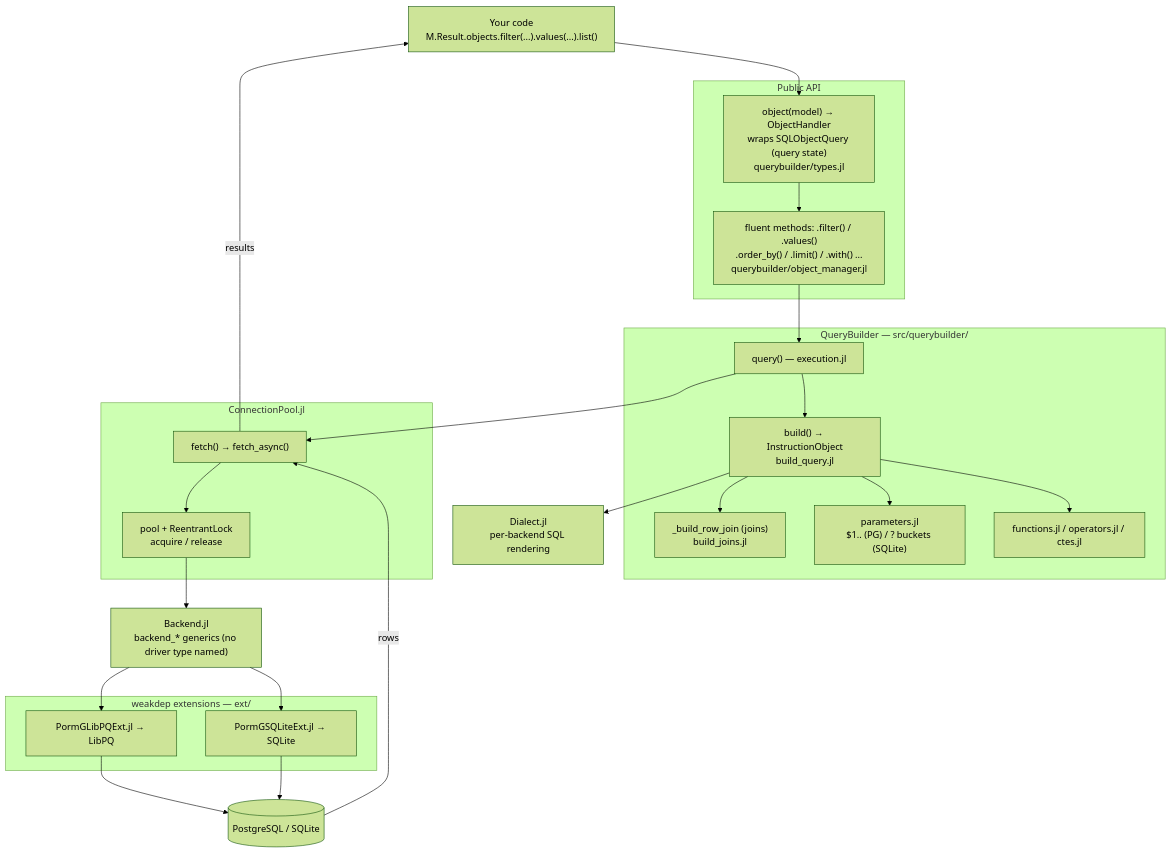
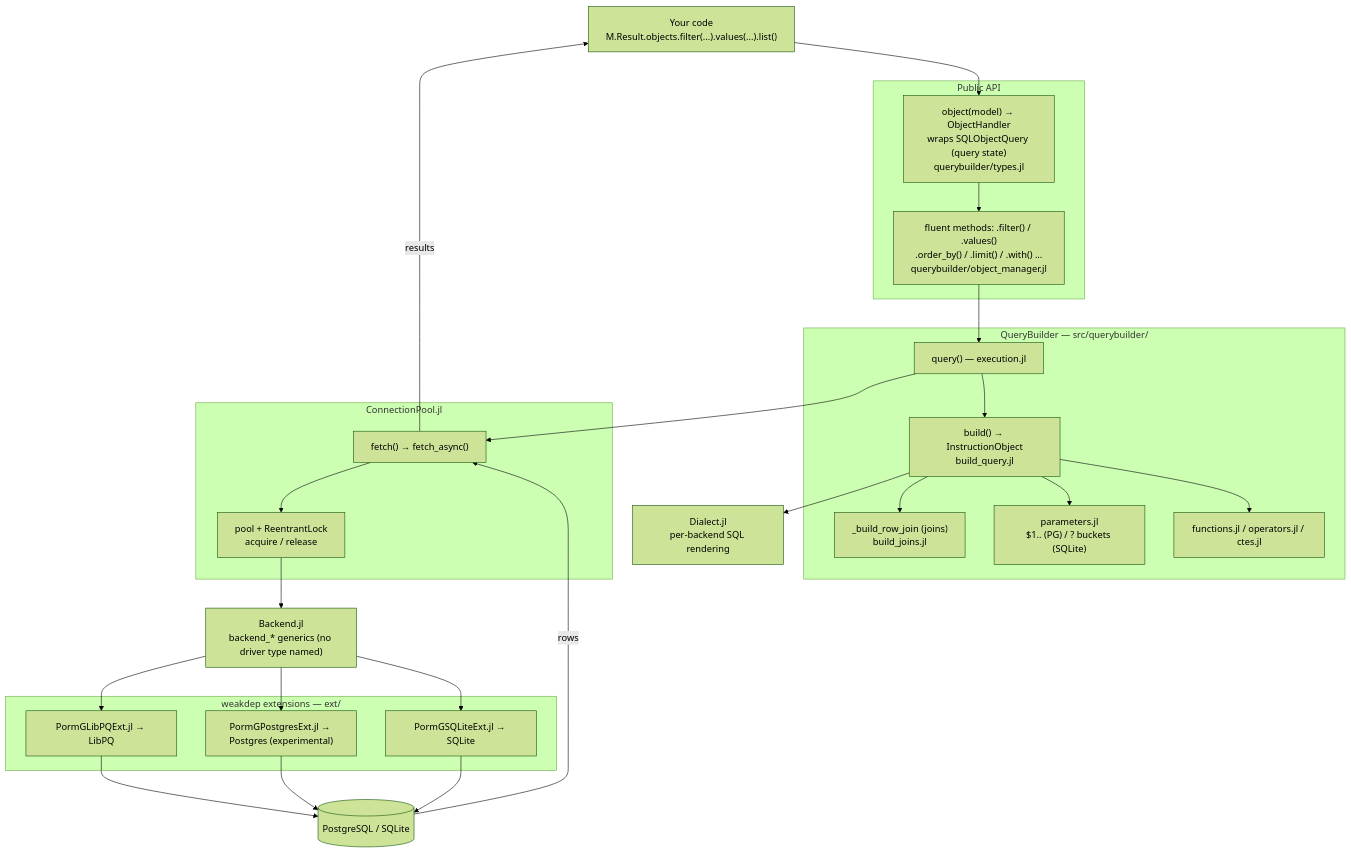
One commit to PingoLee/PormG.jl changed the first of 4 diagrams in docs/src/architecture.md. Above: the diagram before and after it, drawn with Mermaid (forest theme). The commit also changed other lines of this file and 20 other files, not shown here.

First line of the commit message:
feat(pool): Postgres.jl as an experimental PostgreSQL driver (#788)

````diff
--- a/docs/src/architecture.md
+++ b/docs/src/architecture.md
@@ -13,41 +13,43 @@
 ```mermaid
 flowchart TD
   U["Your code<br/>M.Result.objects.filter(...).values(...).list()"]
 
   subgraph API["Public API"]
     OBJ["object(model) → ObjectHandler<br/>wraps SQLObjectQuery (query state)<br/>querybuilder/types.jl"]
     CHAIN["fluent methods: .filter() / .values()<br/>.order_by() / .limit() / .with() ...<br/>querybuilder/object_manager.jl"]
   end
 
   subgraph QB["QueryBuilder — src/querybuilder/"]
     Q["query() — execution.jl"]
     B["build() → InstructionObject<br/>build_query.jl"]
     J["_build_row_join (joins)<br/>build_joins.jl"]
     P["parameters.jl<br/>$1.. (PG) / ? buckets (SQLite)"]
     F["functions.jl / operators.jl / ctes.jl"]
   end
 
   DI["Dialect.jl<br/>per-backend SQL rendering"]
 
   subgraph CP["ConnectionPool.jl"]
     FE["fetch() → fetch_async()"]
     POOL["pool + ReentrantLock<br/>acquire / release"]
   end
 
   BK["Backend.jl<br/>backend_* generics (no driver type named)"]
   subgraph EXT["weakdep extensions — ext/"]
     PG["PormGLibPQExt.jl → LibPQ"]
+    PJ["PormGPostgresExt.jl → Postgres (experimental)"]
     SL["PormGSQLiteExt.jl → SQLite"]
   end
   DB[("PostgreSQL / SQLite")]
 
   U --> OBJ --> CHAIN --> Q --> B
   B --> J
   B --> P
   B --> F
   B --> DI
   Q --> FE --> POOL --> BK
   BK --> PG --> DB
+  BK --> PJ --> DB
   BK --> SL --> DB
   DB -->|rows| FE -->|results| U
 ```
````
